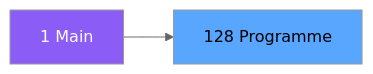
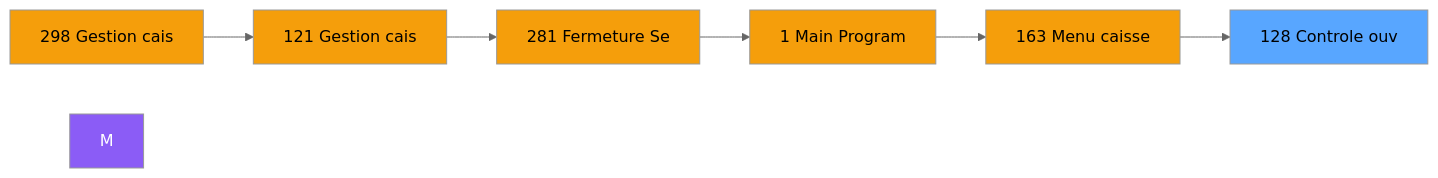
Before and after one commit to thonyAGP/magic-migration: the second of 3 diagrams in .openspec/specs/ADH-IDE-128.md, drawn with Mermaid (neutral theme). The commit also changed other lines of this file and 323 other files, not shown here.

````diff
--- a/.openspec/specs/ADH-IDE-128.md
+++ b/.openspec/specs/ADH-IDE-128.md
@@ -100,8 +115,21 @@
 ```mermaid
 graph LR
-    M[1 Main]
-    T[128 Programme]
-    M --> T
+    N298[298 Gestion cais]
+    N121[121 Gestion cais]
+    N281[281 Fermeture Se]
+    N1[1 Main Program]
+    N163[163 Menu caisse ]
+    T[128 Controle ouv]
+    N298 --> N121
+    N121 --> N281
+    N281 --> N1
+    N1 --> N163
+    N163 --> T
     style M fill:#8b5cf6,color:#fff
+    style N298 fill:#f59e0b
+    style N121 fill:#f59e0b
+    style N281 fill:#f59e0b
+    style N1 fill:#f59e0b
+    style N163 fill:#f59e0b
     style T fill:#58a6ff,color:#000
 ```
````
